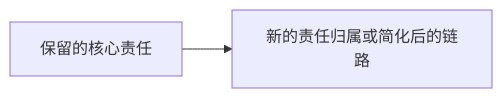
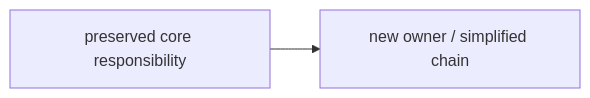
Before and after one commit to hylarucoder/hai-stack: the diagram in skills/hai-razor/references/output-template.md, drawn with Mermaid. The commit also changed other lines of this file and 45 other files, not shown here.

````diff
--- a/skills/hai-razor/references/output-template.md
+++ b/skills/hai-razor/references/output-template.md
@@ -35,4 +41,4 @@
 ```mermaid
 flowchart LR
-  A["保留的核心责任"] --> B["新的责任归属或简化后的链路"]
+  A["preserved core responsibility"] --> B["new owner / simplified chain"]
 ```
````
